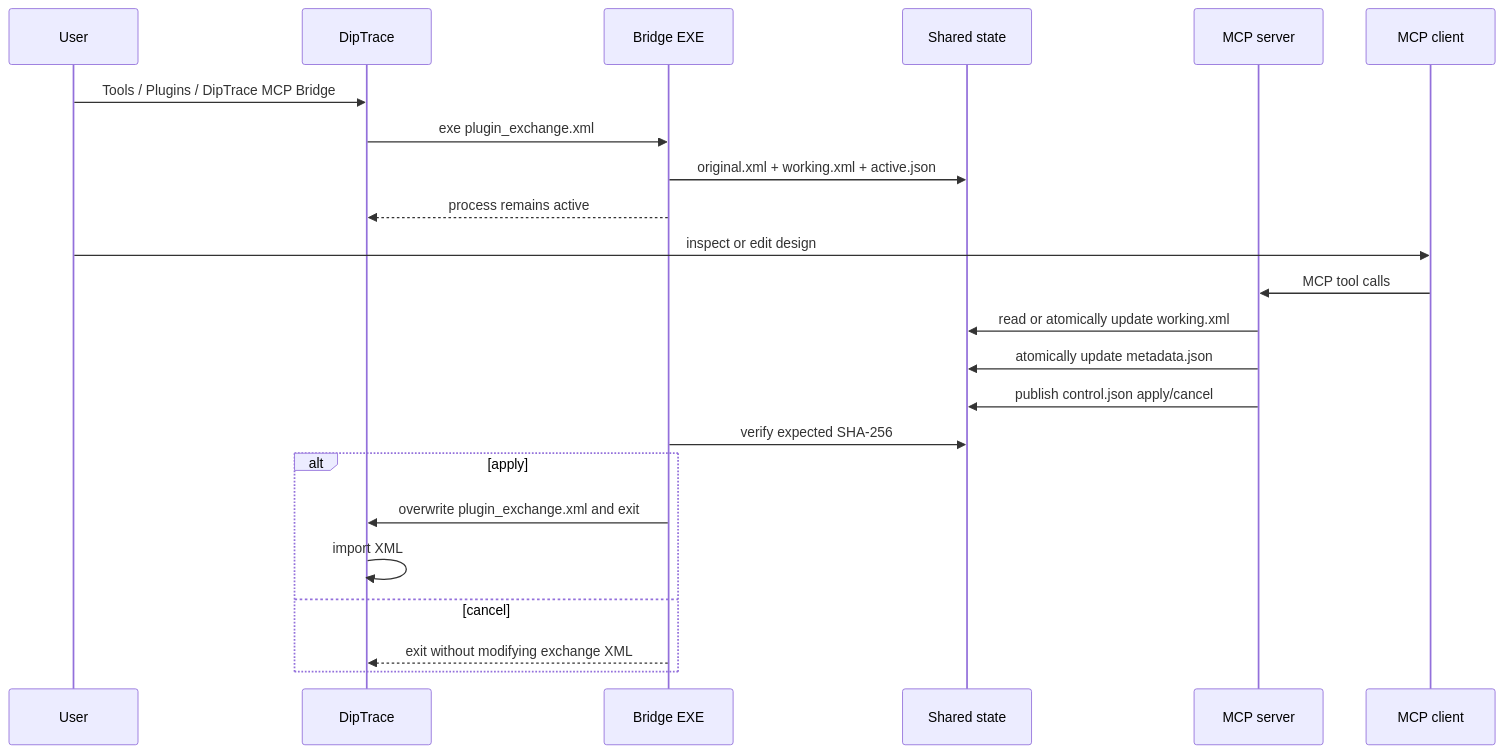
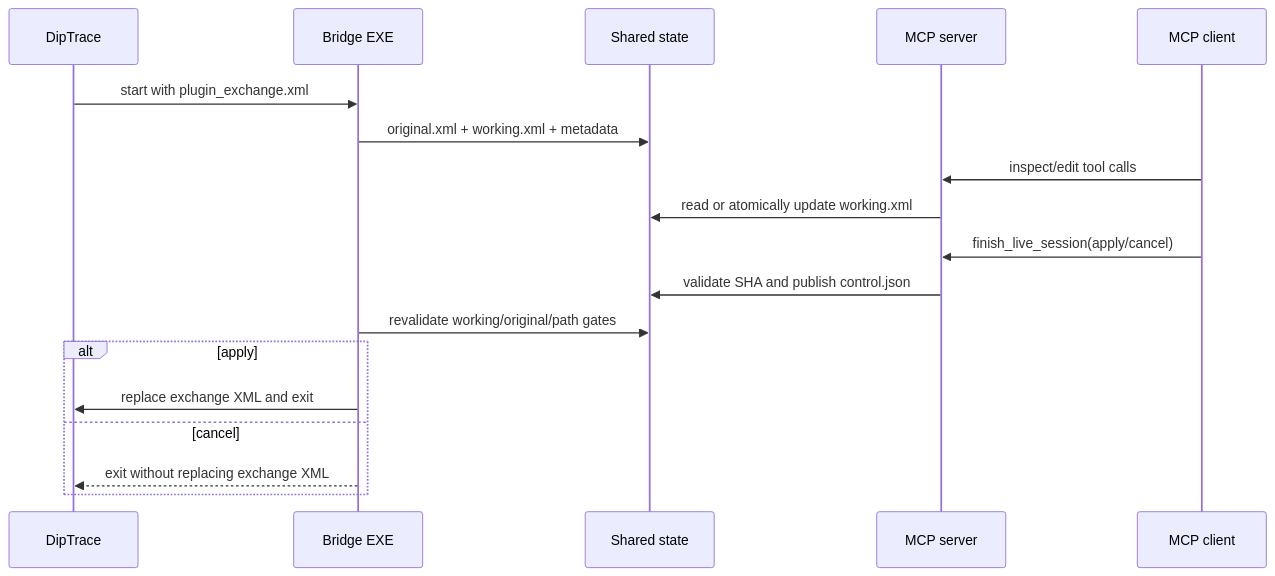
The diagram in docs/ARCHITECTURE.md (fireostendere/mcp_diptrace), drawn with Mermaid before and after one commit. The commit also changed other lines of this file and 9 other files, not shown here.

````diff
--- a/docs/ARCHITECTURE.md
+++ b/docs/ARCHITECTURE.md
@@ -137,26 +260,21 @@
 ```mermaid
 sequenceDiagram
-    participant U as User
     participant D as DipTrace
     participant B as Bridge EXE
     participant S as Shared state
     participant M as MCP server
     participant C as MCP client
 
-    U->>D: Tools / Plugins / DipTrace MCP Bridge
-    D->>B: exe plugin_exchange.xml
-    B->>S: original.xml + working.xml + active.json
-    B-->>D: process remains active
-    U->>C: inspect or edit design
-    C->>M: MCP tool calls
+    D->>B: start with plugin_exchange.xml
+    B->>S: original.xml + working.xml + metadata
+    C->>M: inspect/edit tool calls
     M->>S: read or atomically update working.xml
-    M->>S: atomically update metadata.json
-    M->>S: publish control.json apply/cancel
-    B->>S: verify expected SHA-256
+    C->>M: finish_live_session(apply/cancel)
+    M->>S: validate SHA and publish control.json
+    B->>S: revalidate working/original/path gates
     alt apply
-        B->>D: overwrite plugin_exchange.xml and exit
-        D->>D: import XML
+        B->>D: replace exchange XML and exit
     else cancel
-        B-->>D: exit without modifying exchange XML
+        B-->>D: exit without replacing exchange XML
     end
 ```
````
